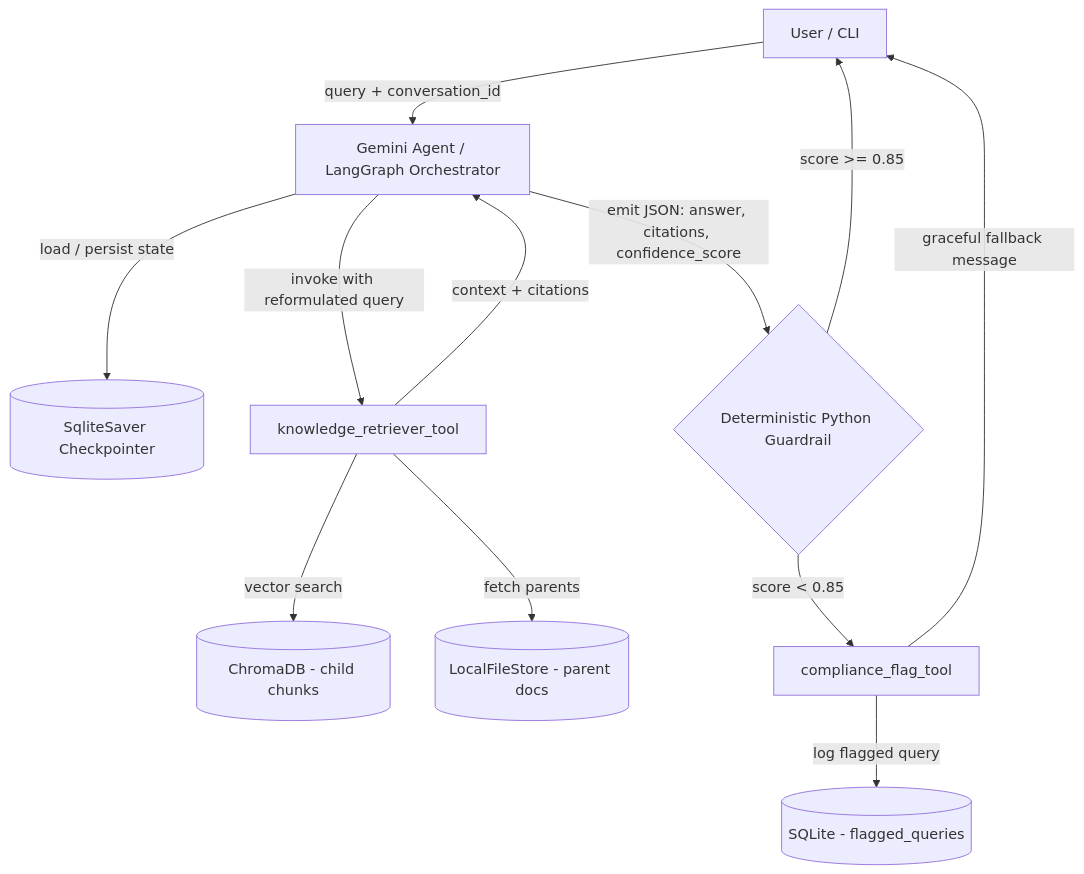
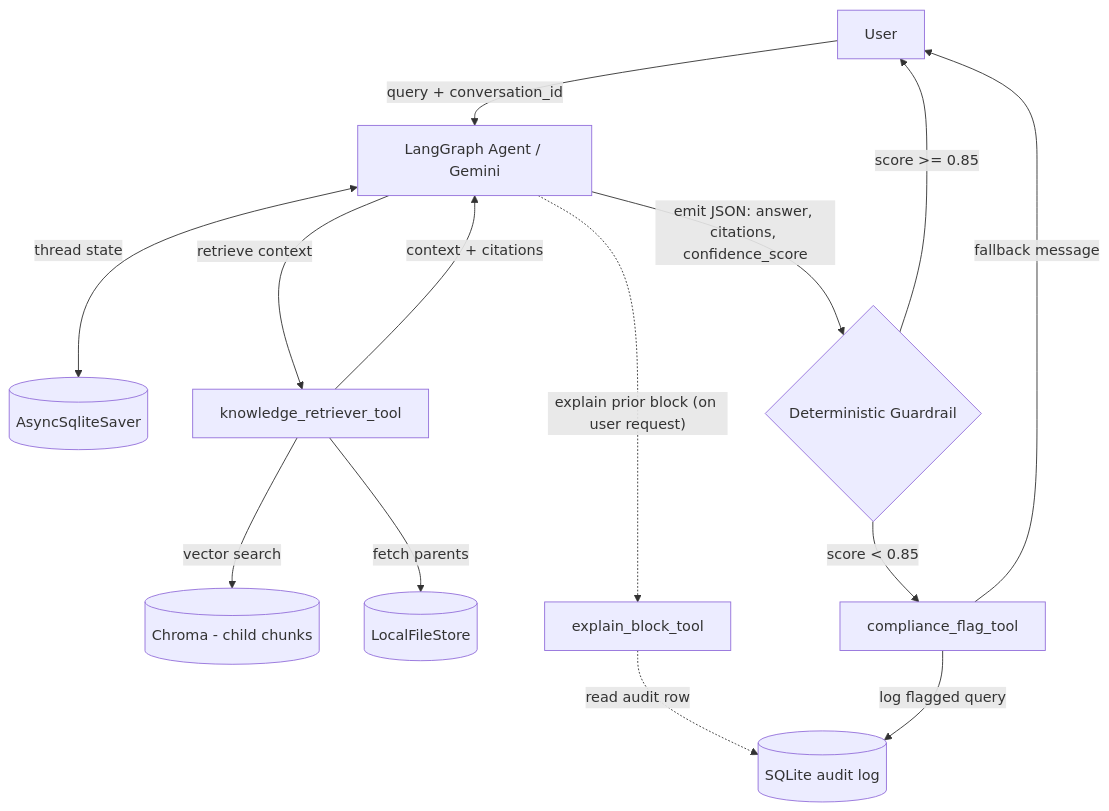
Before and after one commit to endybits/stori-genai-challenge-rag: the diagram in README.md, drawn with Mermaid. The commit also changed other lines of this file, not shown here.

````diff
--- a/README.md
+++ b/README.md
@@ -22,16 +22,19 @@
 ```mermaid
 graph TD
-    User[User / CLI] -->|"query + conversation_id"| Agent[Gemini Agent / LangGraph Orchestrator]
-    Agent -->|"load / persist state"| Checkpointer[(SqliteSaver Checkpointer)]
+    User[User] -->|"query + conversation_id"| Agent[LangGraph Agent / Gemini]
+    Agent <-->|"thread state"| Checkpointer[(AsyncSqliteSaver)]
 
-    Agent -->|"invoke with reformulated query"| RetrieverTool[knowledge_retriever_tool]
-    RetrieverTool -->|"vector search"| Chroma[(ChromaDB - child chunks)]
-    RetrieverTool -->|"fetch parents"| ParentStore[(LocalFileStore - parent docs)]
-    RetrieverTool -->|"context + citations"| Agent
+    Agent -->|"retrieve context"| Retriever[knowledge_retriever_tool]
+    Retriever -->|"vector search"| Chroma[(Chroma - child chunks)]
+    Retriever -->|"fetch parents"| ParentStore[(LocalFileStore)]
+    Retriever -->|"context + citations"| Agent
 
-    Agent -->|"emit JSON: answer, citations, confidence_score"| Guardrail{Deterministic Python Guardrail}
+    Agent -.->|"explain prior block (on user request)"| ExplainTool[explain_block_tool]
+    ExplainTool -.->|"read audit row"| FlagDB
+
+    Agent -->|"emit JSON: answer, citations, confidence_score"| Guardrail{Deterministic Guardrail}
     Guardrail -->|"score >= 0.85"| User
-    Guardrail -->|"score < 0.85"| ComplianceTool[compliance_flag_tool]
-    ComplianceTool -->|"log flagged query"| FlagDB[(SQLite - flagged_queries)]
-    ComplianceTool -->|"graceful fallback message"| User
+    Guardrail -->|"score < 0.85"| Compliance[compliance_flag_tool]
+    Compliance -->|"log flagged query"| FlagDB[(SQLite audit log)]
+    Compliance -->|"fallback message"| User
 ```
````
